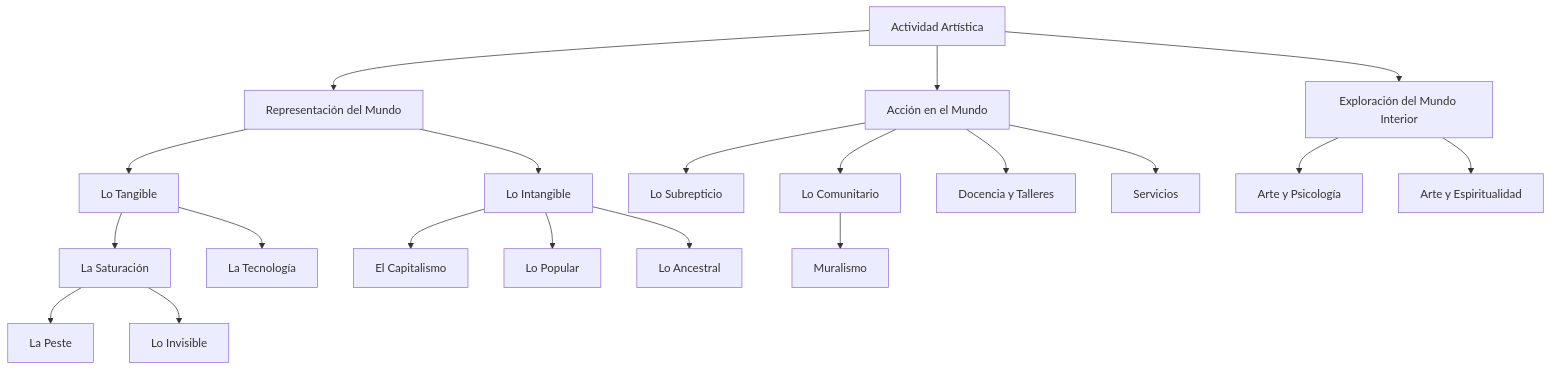
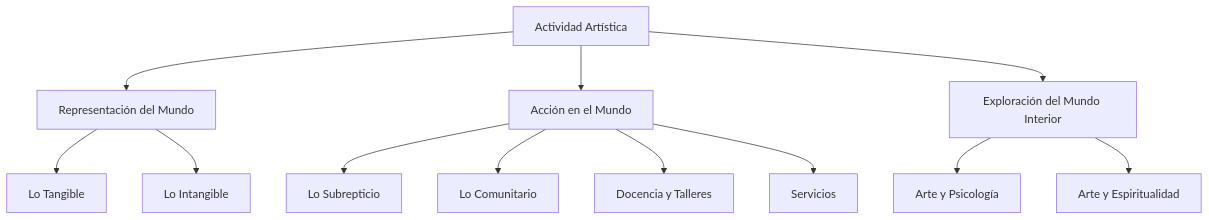
One commit to EGGS-Artesvisuales/EGGS-Artesvisuales.github.io changed the diagram in ES/index.md. Above: the diagram before and after it, drawn with Mermaid.

```diff
--- a/ES/index.md
+++ b/ES/index.md
@@ -15,67 +15,28 @@
 <div class="mermaid">
-  graph TD
-    %% Nodos principales con IDs más descriptivos
+
+ graph TD
     principal[Actividad Artística]
     representacion[Representación del Mundo]
     accion[Acción en el Mundo]
     interior[Exploración del Mundo Interior]
-    
-    %% Conexiones principales
+
     principal --> representacion
     principal --> accion
     principal --> interior
-    
-    %% Nodos de Representación del Mundo
+
     representacion --> tangible[Lo Tangible]
     representacion --> intangible[Lo Intangible]
-    
-    %% Subnodos Tangible
-    tangible --> saturacion[La Saturación]
-    saturacion --> peste[La Peste]
-    saturacion --> invisible[Lo Invisible]
-    tangible --> tecnologia[La Tecnología]
-    
-    %% Subnodos Intangible
-    intangible --> capitalismo[El Capitalismo]
-    intangible --> popular[Lo Popular]
-    intangible --> ancestral[Lo Ancestral]
-    
-    %% Nodos de Acción en el Mundo
+
     accion --> subrepticio[Lo Subrepticio]
     accion --> comunitario[Lo Comunitario]
-    comunitario --> muralismo[Muralismo]
     accion --> docencia[Docencia y Talleres]
     accion --> servicios[Servicios]
-    
-    %% Nodos de Exploración del Mundo Interior
+
     interior --> psicologia[Arte y Psicología]
     interior --> espiritualidad[Arte y Espiritualidad]
-    
-    %% Click commands optimizados
+
     click principal "/ES/index.html" "Ir al Inicio"
-    
-    %% Enlaces de Representación del Mundo
     click representacion "/ES/mundo-exterior.html" "Ir a Representación del Mundo"
     click tangible "/ES/tangible.html" "Ir a Lo Tangible"
-    click saturacion "/ES/la-saturacion.html" "Ir a La Saturación"
-    click peste "/ES/la-peste.html" "Ir a La Peste"
-    click invisible "/ES/lo-invisible.html" "Ir a Lo Invisible"
-    click tecnologia "/ES/la-tecnologia.html" "Ir a La Tecnología"
-    click intangible "/ES/intangible.html" "Ir a Lo Intangible"
-    click capitalismo "/ES/el-capitalismo.html" "Ir a El Capitalismo"
-    click popular "/ES/lo-popular.html" "Ir a Lo Popular"
-    click ancestral "/ES/lo-ancestral.html" "Ir a Lo Ancestral"
-    
-    %% Enlaces de Acción en el Mundo
-    click accion "/ES/accion.html" "Ir a Acción en el Mundo"
-    click subrepticio "/ES/subrepticio.html" "Ir a Lo Subrepticio"
-    click comunitario "/ES/comunitario.html" "Ir a Lo Comunitario"
-    click muralismo "/ES/muralismo.html" "Ir a Muralismo"
-    click docencia "/ES/docencia.html" "Ir a Docencia y Talleres"
-    click servicios "/ES/servicios.html" "Ir a Servicios"
-    
-    %% Enlaces de Mundo Interior
-    click interior "/ES/interior.html" "Ir a Exploración del Mundo Interior"
-    click psicologia "/ES/arte-y-psicologia.html" "Ir a Arte y Psicología"
-    click espiritualidad "/ES/arte-y-espiritualidad.html" "Ir a Arte y Espiritualidad"
+
 </div>
```
